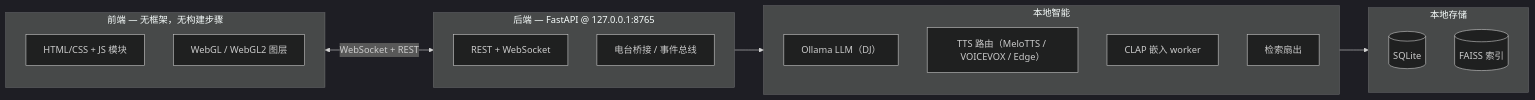
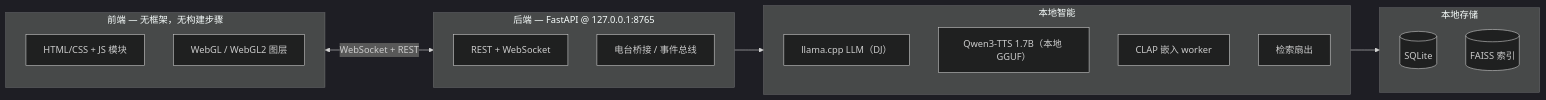
Before and after one commit to Julian-Donald-Von/Radio-Intelligence: the diagram in README_zh.md, drawn with Mermaid (dark theme). The commit also changed other lines of this file and 6 other files, not shown here.

Commit message:
docs: refresh outdated docs (TTS/LLM/retrieval/arr), drop paper language, fix requirements, remove design snapshot

````diff
--- a/README_zh.md
+++ b/README_zh.md
@@ -76,24 +76,24 @@
 ```mermaid
 flowchart LR
     subgraph FE["前端 — 无框架，无构建步骤"]
         A["HTML/CSS + JS 模块"]
         B["WebGL / WebGL2 图层"]
     end
     subgraph BE["后端 — FastAPI @ 127.0.0.1:8765"]
         C["REST + WebSocket"]
         D["电台桥接 / 事件总线"]
     end
     subgraph AI["本地智能"]
-        E["Ollama LLM（DJ）"]
-        F["TTS 路由（MeloTTS / VOICEVOX / Edge）"]
+        E["llama.cpp LLM（DJ）"]
+        F["Qwen3-TTS 1.7B（本地 GGUF）"]
         G["CLAP 嵌入 worker"]
         H["检索扇出"]
     end
     subgraph ST["本地存储"]
         I[("SQLite")]
         J[("FAISS 索引")]
     end
     FE <-- "WebSocket + REST" --> BE
     BE --> AI
     AI --> ST
 ```
````
